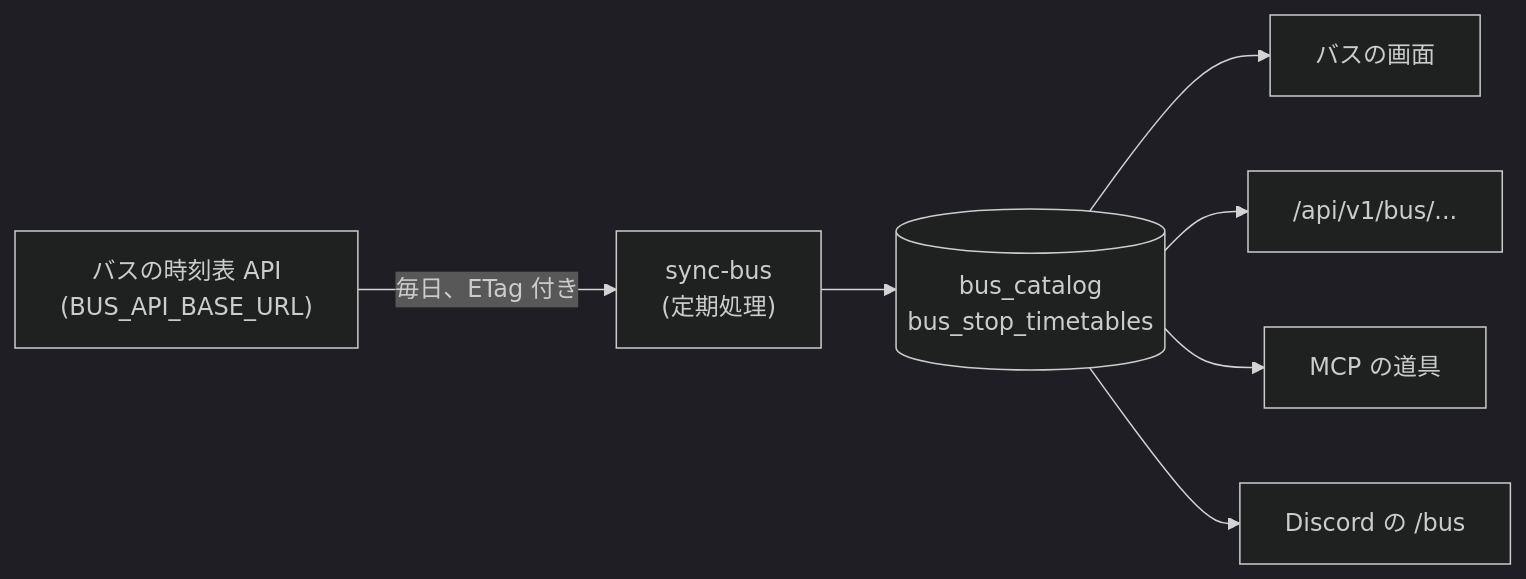
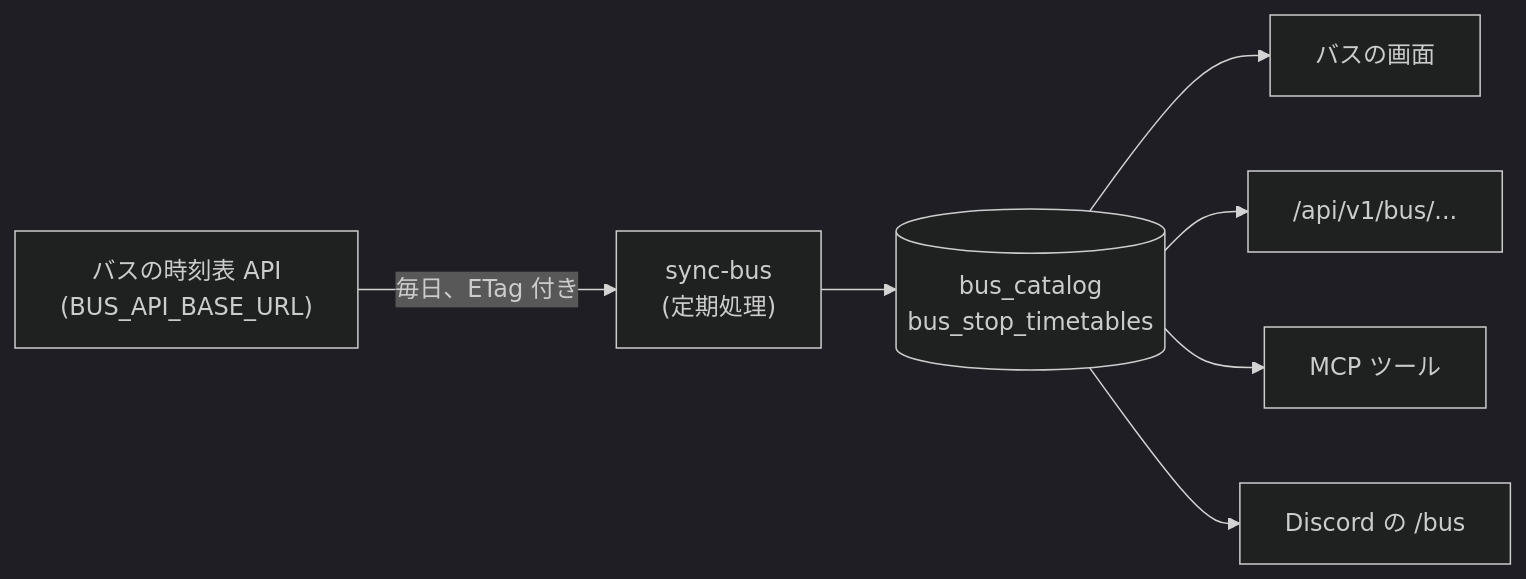
Before and after one commit to funmary-app/funmary: the diagram in docs/design/16-bus-timetable.md, drawn with Mermaid (dark theme). The commit also changed other lines of this file and 10 other files, not shown here.

Commit message:
fix(api): OAuth と Discord のリクエストの説明を整える

````diff
--- a/docs/design/16-bus-timetable.md
+++ b/docs/design/16-bus-timetable.md
@@ -11,6 +11,6 @@
 ```mermaid
 flowchart LR
   api["バスの時刻表 API<br/>(BUS_API_BASE_URL)"] -- "毎日、ETag 付き" --> job["sync-bus<br/>(定期処理)"]
   job --> db[("bus_catalog<br/>bus_stop_timetables")]
-  db --> ui["バスの画面"] & rest["/api/v1/bus/..."] & mcp["MCP の道具"] & discord["Discord の /bus"]
+  db --> ui["バスの画面"] & rest["/api/v1/bus/..."] & mcp["MCP ツール"] & discord["Discord の /bus"]
 ```
````
